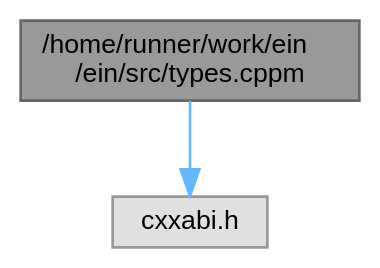
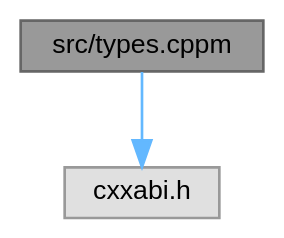
Before and after one commit to ekmett/ein: the diagram in d1/def/types_8cppm__incl.dot, drawn with Graphviz. The commit also changed 79 other files, not shown here.

```diff
--- a/d1/def/types_8cppm__incl.dot
+++ b/d1/def/types_8cppm__incl.dot
@@ -1,10 +1,10 @@
-digraph "/home/runner/work/ein/ein/src/types.cppm"
+digraph "src/types.cppm"
 {
  // LATEX_PDF_SIZE
   bgcolor="transparent";
   edge [fontname=Helvetica,fontsize=10,labelfontname=Helvetica,labelfontsize=10];
   node [fontname=Helvetica,fontsize=10,shape=box,height=0.2,width=0.4];
-  Node1 [id="Node000001",label="/home/runner/work/ein\l/ein/src/types.cppm",height=0.2,width=0.4,color="gray40", fillcolor="grey60", style="filled", fontcolor="black",tooltip=" "];
+  Node1 [id="Node000001",label="src/types.cppm",height=0.2,width=0.4,color="gray40", fillcolor="grey60", style="filled", fontcolor="black",tooltip=" "];
   Node1 -> Node2 [id="edge1_Node000001_Node000002",color="steelblue1",style="solid",tooltip=" "];
   Node2 [id="Node000002",label="cxxabi.h",height=0.2,width=0.4,color="grey60", fillcolor="#E0E0E0", style="filled",tooltip=" "];
 }
```
